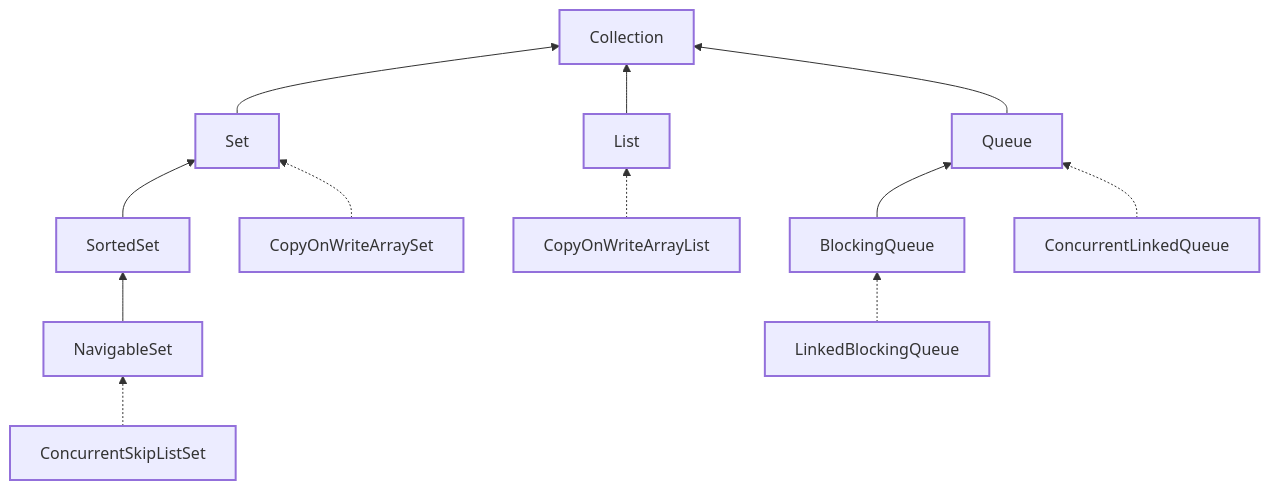
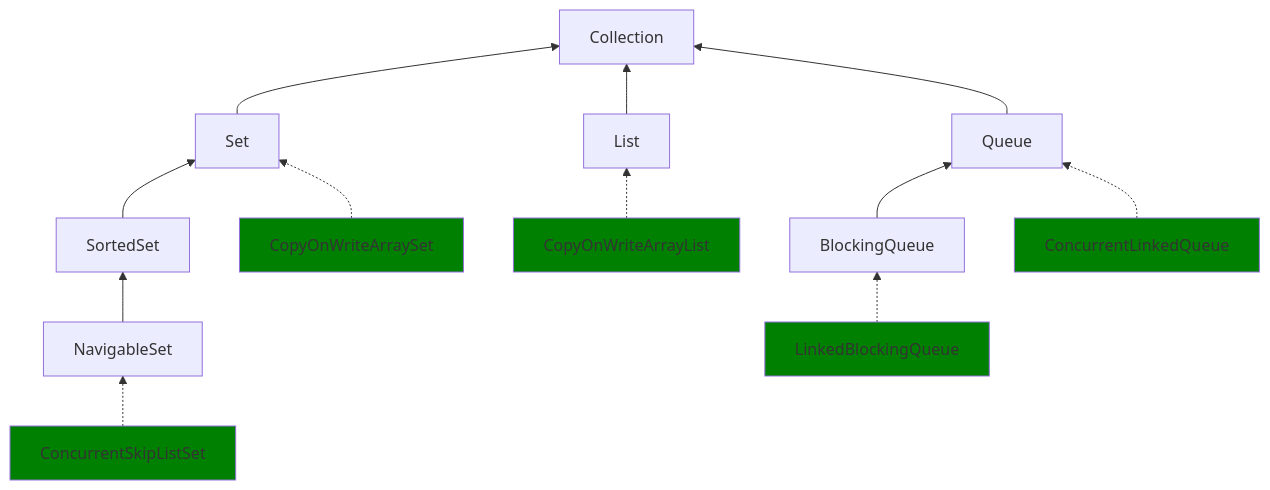
The third of 4 diagrams in readme.md (ailenus/java-notes), drawn with Mermaid before and after one commit. The commit also changed other lines of this file, not shown here.

````diff
--- a/readme.md
+++ b/readme.md
@@ -1251,26 +1268,19 @@
 ```mermaid
 graph BT
-    style Collection fill:##333, stroke:##ccc, stroke-width:2px, color:##fff
-    style Set fill:##333, stroke:##ccc, stroke-width:2px, color:##fff
-    style List fill:##333, stroke:##ccc, stroke-width:2px, color:##fff
-    style Queue fill:##333, stroke:##ccc, stroke-width:2px, color:##fff
-    style SortedSet fill:##333, stroke:##ccc, stroke-width:2px, color:##fff
-    style NavigableSet fill:##333, stroke:##ccc, stroke-width:2px, color:##fff
-    style BlockingQueue fill:##333, stroke:##ccc, stroke-width:2px, color:##fff
-    style CopyOnWriteArraySet fill:##393, stroke:##ccc, stroke-width:2px, color:##fff
-    style ConcurrentSkipListSet fill:##393, stroke:##ccc, stroke-width:2px, color:##fff
-    style CopyOnWriteArrayList fill:##393, stroke:##ccc, stroke-width:2px, color:##fff
-    style ConcurrentLinkedQueue fill:##393, stroke:##ccc, stroke-width:2px, color:##fff
-    style LinkedBlockingQueue fill:##393, stroke:##ccc, stroke-width:2px, color:##fff
+    style CopyOnWriteArraySet fill:green
+    style ConcurrentSkipListSet fill:green
+    style CopyOnWriteArrayList fill:green
+    style ConcurrentLinkedQueue fill:green
+    style LinkedBlockingQueue fill:green
     Set --> Collection
     List --> Collection
     Queue --> Collection
     SortedSet --> Set
     NavigableSet --> SortedSet
     BlockingQueue --> Queue
     CopyOnWriteArraySet -.-> Set
     ConcurrentSkipListSet -.-> NavigableSet
     CopyOnWriteArrayList -.-> List
     ConcurrentLinkedQueue -.-> Queue
     LinkedBlockingQueue -.-> BlockingQueue
 ```
````
